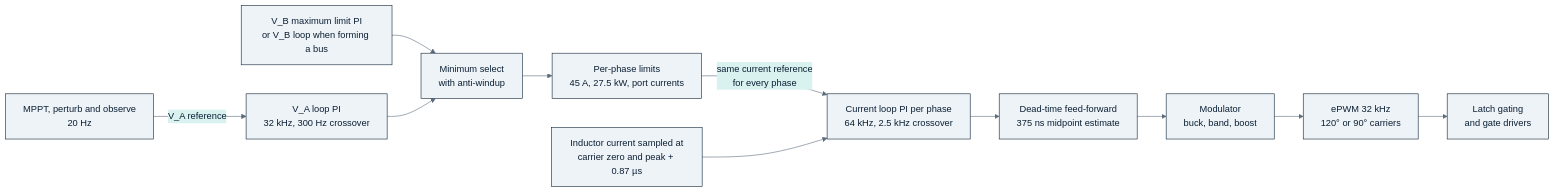
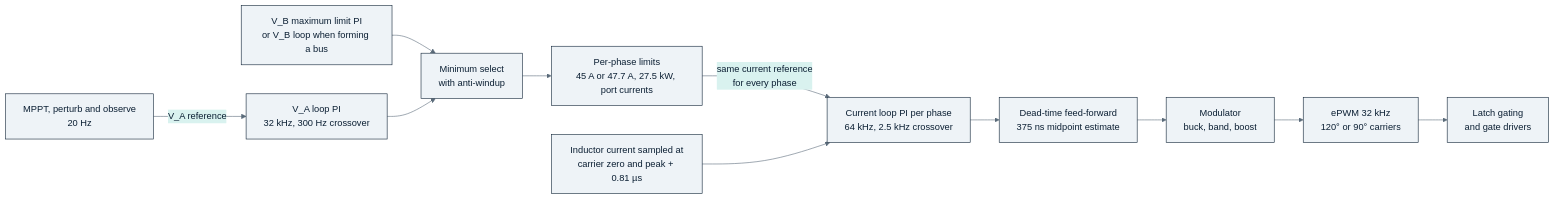
Before and after one commit to vectivolt/PCM: the first of 2 diagrams in docs/guide/05-control-and-firmware.md, drawn with Mermaid. The commit also changed other lines of this file and 97 other files, not shown here.

````diff
--- a/docs/guide/05-control-and-firmware.md
+++ b/docs/guide/05-control-and-firmware.md
@@ -27,14 +29,14 @@
 ```mermaid
 %%{init: {"theme": "base", "themeVariables": {"primaryColor": "#EEF3F7", "primaryBorderColor": "#0B1F33", "primaryTextColor": "#0B1F33", "lineColor": "#5B6B7A", "secondaryColor": "#D9F2EF", "tertiaryColor": "#FFF4D6", "fontFamily": "Inter, Helvetica, Arial, sans-serif"}}}%%
 flowchart LR
     MPPT["MPPT, perturb and observe<br/>20 Hz"] -->|"V_A reference"| VA["V_A loop PI<br/>32 kHz, 300 Hz crossover"]
     VB["V_B maximum limit PI<br/>or V_B loop when forming a bus"] --> SEL["Minimum select<br/>with anti-windup"]
     VA --> SEL
-    SEL --> LIM["Per-phase limits<br/>45 A, 27.5 kW, port currents"]
+    SEL --> LIM["Per-phase limits<br/>45 A or 47.7 A, 27.5 kW, port currents"]
     LIM -->|"same current reference<br/>for every phase"| CL["Current loop PI per phase<br/>64 kHz, 2.5 kHz crossover"]
     CL --> DTC["Dead-time feed-forward<br/>375 ns midpoint estimate"]
     DTC --> MOD["Modulator<br/>buck, band, boost"]
     MOD --> PWM["ePWM 32 kHz<br/>120° or 90° carriers"]
     PWM --> GATE["Latch gating<br/>and gate drivers"]
-    SENS["Inductor current sampled at<br/>carrier zero and peak + 0.87 µs"] --> CL
+    SENS["Inductor current sampled at<br/>carrier zero and peak + 0.81 µs"] --> CL
 ```
````
